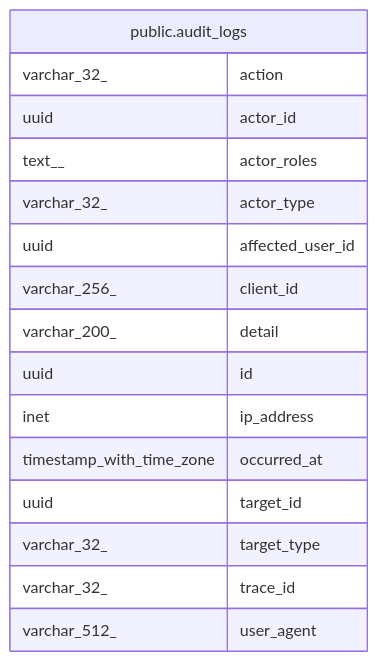
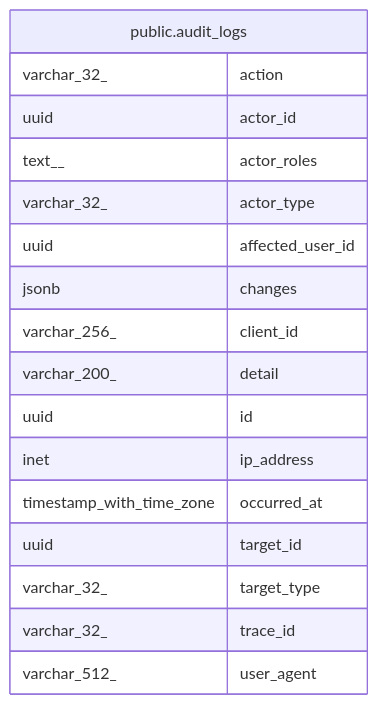
The diagram in docs/database/public.audit_logs.md (trduc2712/choco-api), drawn with Mermaid before and after one commit. The commit also changed other lines of this file and 48 other files, not shown here.

````diff
--- a/docs/database/public.audit_logs.md
+++ b/docs/database/public.audit_logs.md
@@ -51,21 +53,22 @@
 ```mermaid
 erDiagram
 
 
 "public.audit_logs" {
   varchar_32_ action
   uuid actor_id
   text__ actor_roles
   varchar_32_ actor_type
   uuid affected_user_id
+  jsonb changes
   varchar_256_ client_id
   varchar_200_ detail
   uuid id
   inet ip_address
   timestamp_with_time_zone occurred_at
   uuid target_id
   varchar_32_ target_type
   varchar_32_ trace_id
   varchar_512_ user_agent
 }
 ```
````
